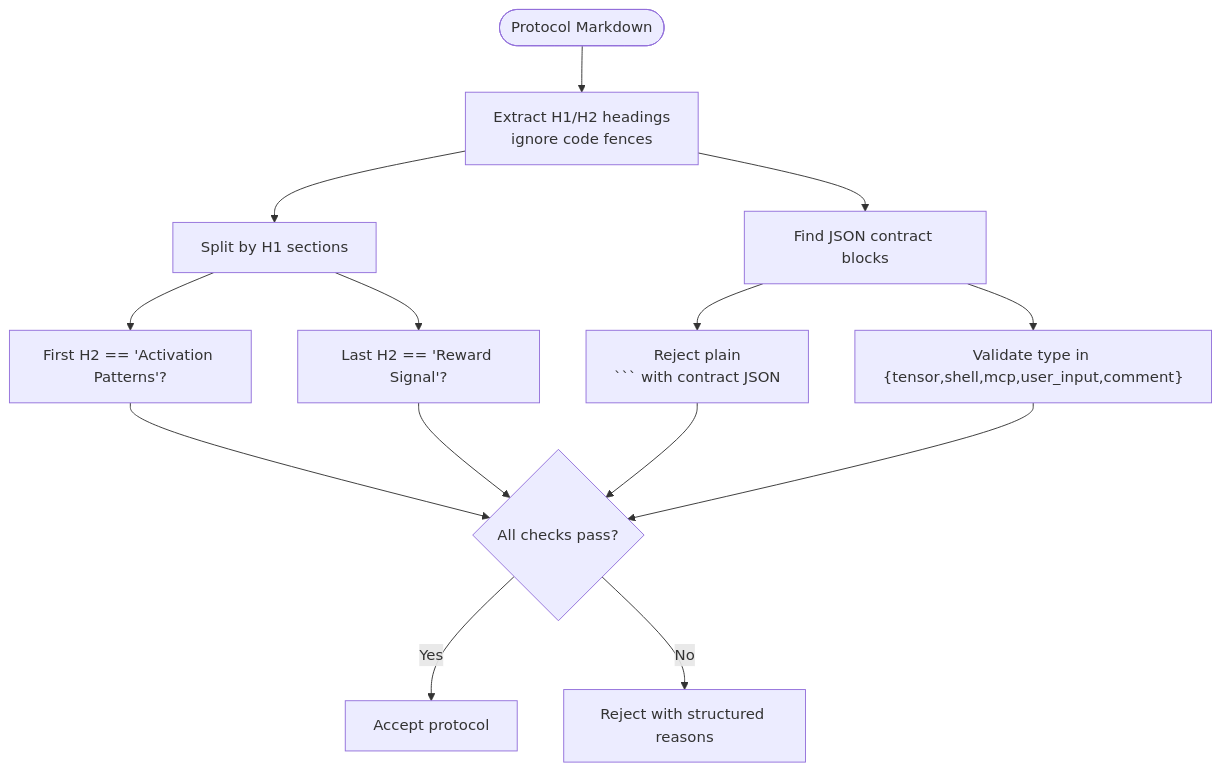
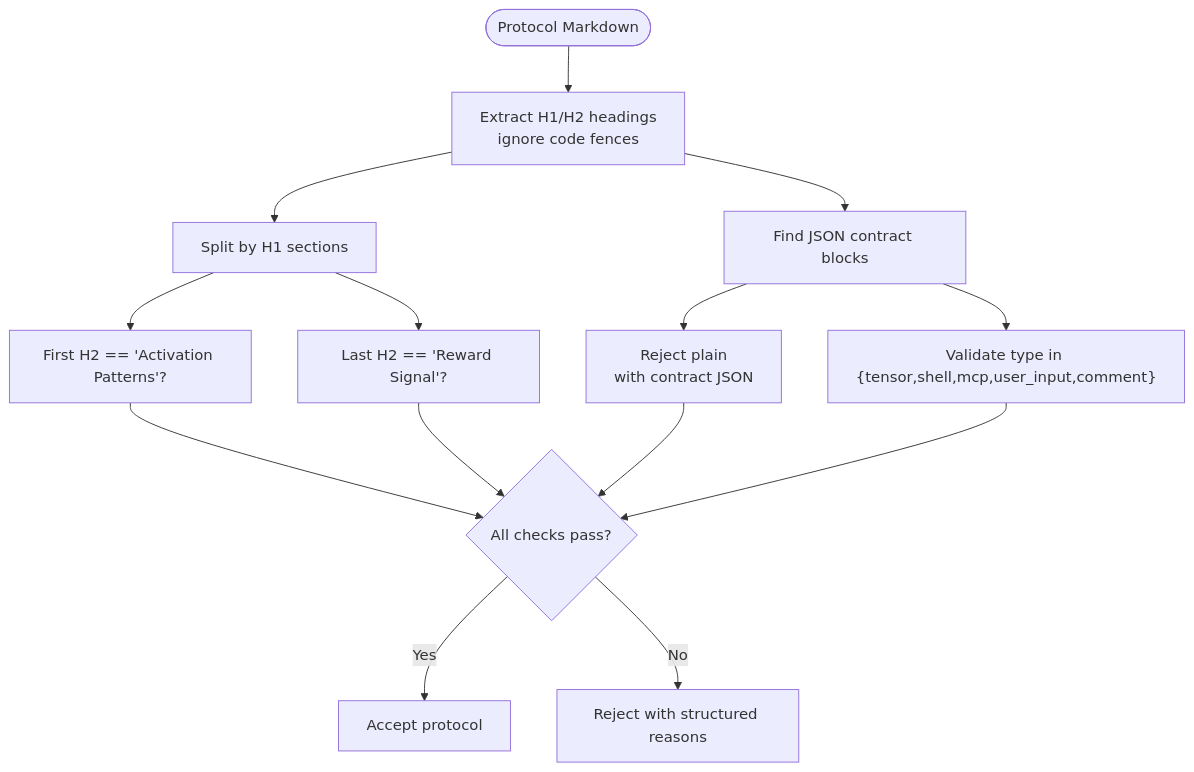
One commit to debian777/kairos-mcp changed the fourth of 7 diagrams in .qoder/repowiki/en/content/Skills & Protocols.md. Above: the diagram before and after it, drawn with Mermaid. The commit also changed other lines of this file and 4 other files, not shown here.

````diff
--- a/.qoder/repowiki/en/content/Skills & Protocols.md
+++ b/.qoder/repowiki/en/content/Skills & Protocols.md
@@ -179,17 +202,16 @@
 ```mermaid
 flowchart TD
 PStart(["Protocol Markdown"]) --> Headings["Extract H1/H2 headings<br/>ignore code fences"]
 Headings --> Sections["Split by H1 sections"]
 Sections --> CheckFirst["First H2 == 'Activation Patterns'?"]
 Sections --> CheckLast["Last H2 == 'Reward Signal'?"]
 Headings --> Contracts["Find JSON contract blocks"]
-Contracts --> FenceCheck["Reject plain
-``` with contract JSON"]
-  Contracts --> TypeCheck["Validate type in {tensor,shell,mcp,user_input,comment}"]
-  CheckFirst --> Valid{"All checks pass?"}
-  CheckLast --> Valid
-  FenceCheck --> Valid
-  TypeCheck --> Valid
-  Valid -->|Yes| Accept["Accept protocol"]
-  Valid -->|No| Reject["Reject with structured reasons"]
+Contracts --> FenceCheck["Reject plain<br/>with contract JSON"]
+Contracts --> TypeCheck["Validate type in {tensor,shell,mcp,user_input,comment}"]
+CheckFirst --> Valid{"All checks pass?"}
+CheckLast --> Valid
+FenceCheck --> Valid
+TypeCheck --> Valid
+Valid --> |Yes| Accept["Accept protocol"]
+Valid --> |No| Reject["Reject with structured reasons"]
 ```
````
